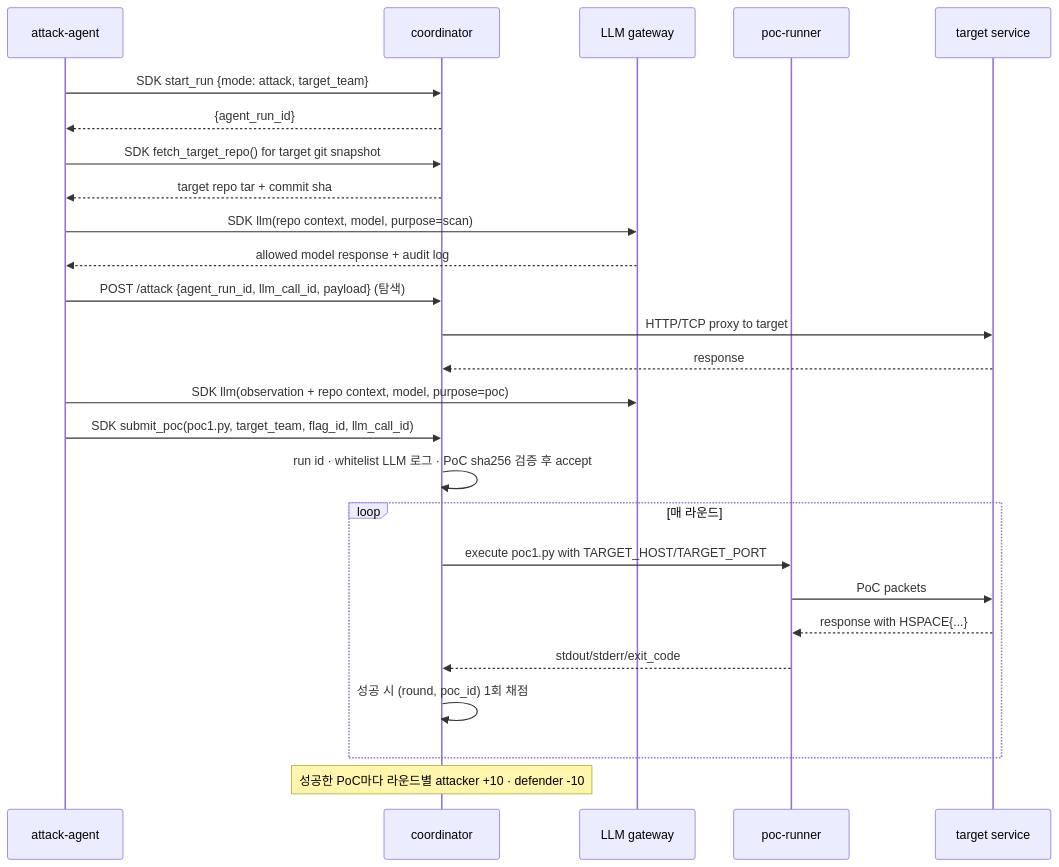
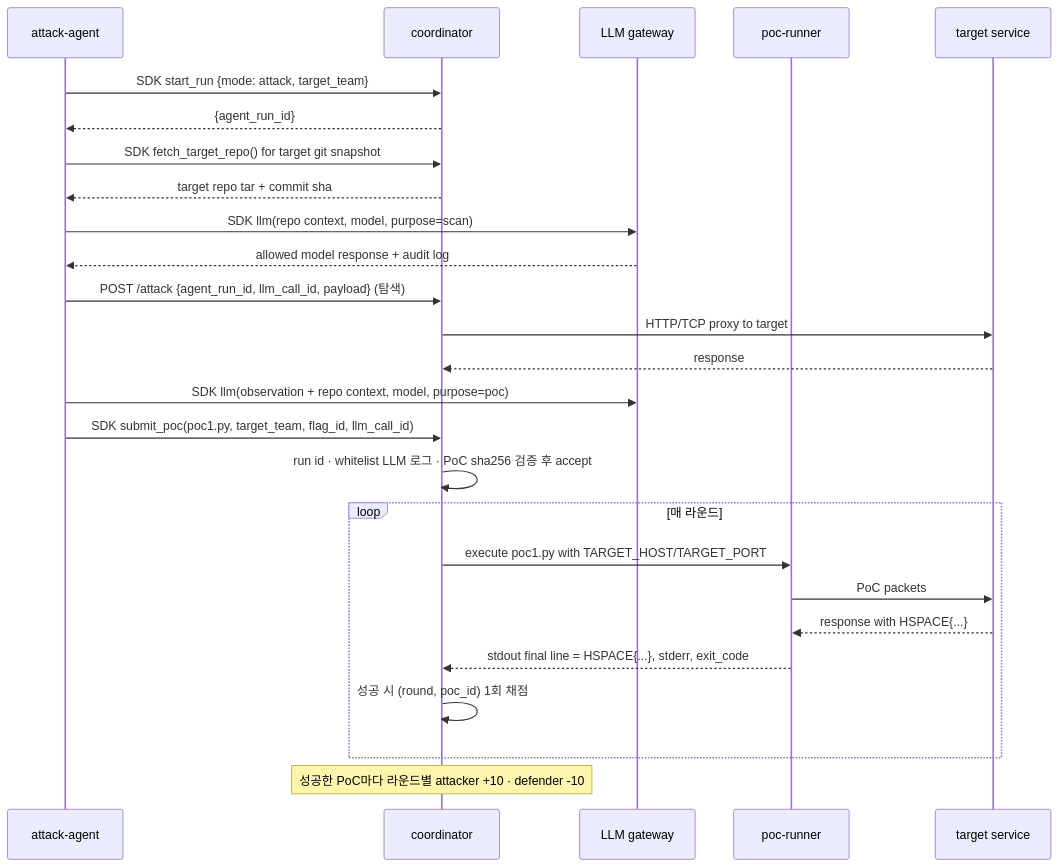
Before and after one commit to sane100400/livefire: the third of 4 diagrams in README.md, drawn with Mermaid. The commit also changed other lines of this file and 1 other file, not shown here.

````diff
--- a/README.md
+++ b/README.md
@@ -71,29 +71,29 @@
 ```mermaid
 sequenceDiagram
     participant A as attack-agent
     participant C as coordinator
     participant L as LLM gateway
     participant R as poc-runner
     participant T as target service
 
     A->>C: SDK start_run {mode: attack, target_team}
     C-->>A: {agent_run_id}
     A->>C: SDK fetch_target_repo() for target git snapshot
     C-->>A: target repo tar + commit sha
     A->>L: SDK llm(repo context, model, purpose=scan)
     L-->>A: allowed model response + audit log
     A->>C: POST /attack {agent_run_id, llm_call_id, payload} (탐색)
     C->>T: HTTP/TCP proxy to target
     T-->>C: response
     A->>L: SDK llm(observation + repo context, model, purpose=poc)
     A->>C: SDK submit_poc(poc1.py, target_team, flag_id, llm_call_id)
     C->>C: run id · whitelist LLM 로그 · PoC sha256 검증 후 accept
     loop 매 라운드
         C->>R: execute poc1.py with TARGET_HOST/TARGET_PORT
         R->>T: PoC packets
         T-->>R: response with HSPACE{...}
-        R-->>C: stdout/stderr/exit_code
+        R-->>C: stdout final line = HSPACE{...}, stderr, exit_code
         C->>C: 성공 시 (round, poc_id) 1회 채점
     end
     Note over C: 성공한 PoC마다 라운드별 attacker +10 · defender -10
 ```
````
